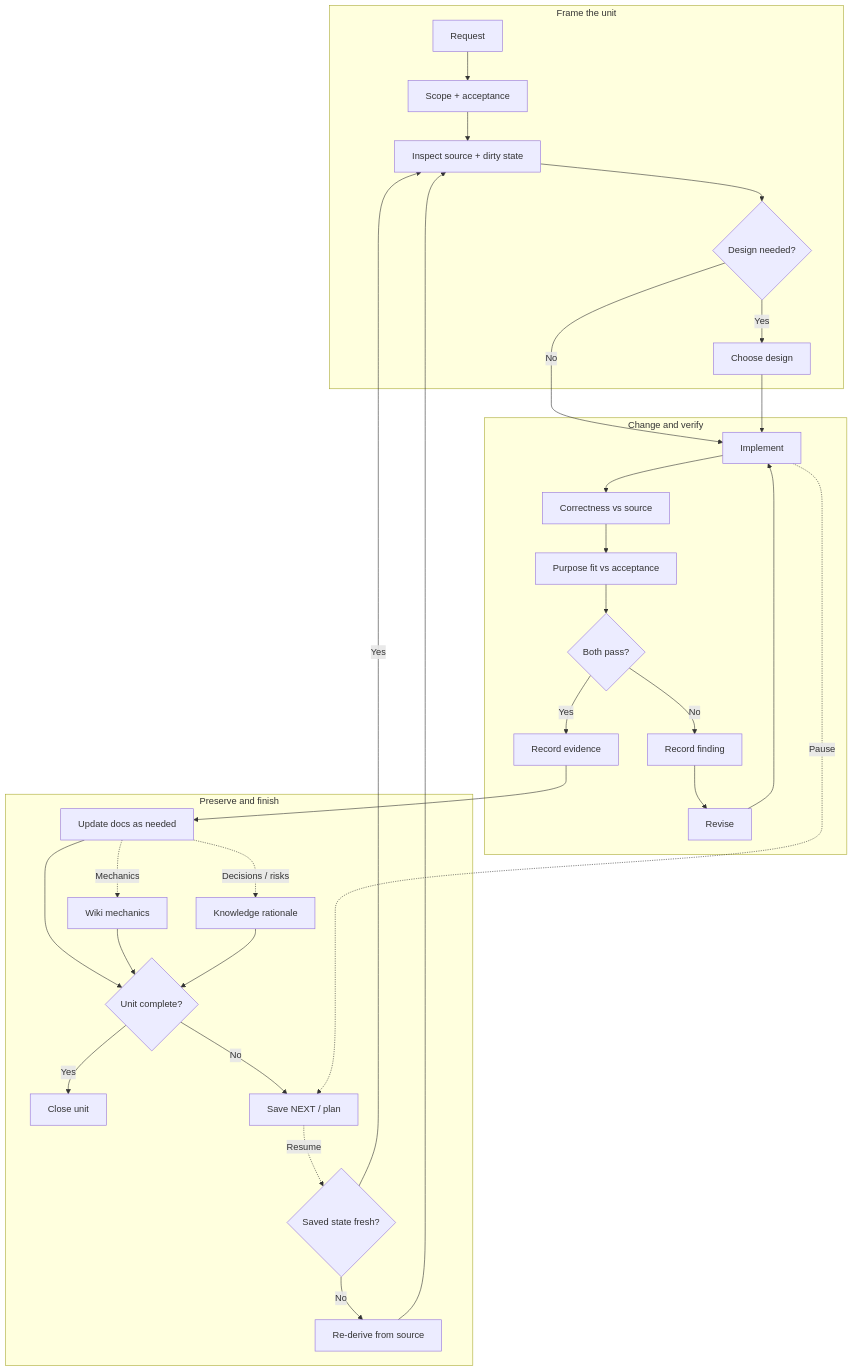
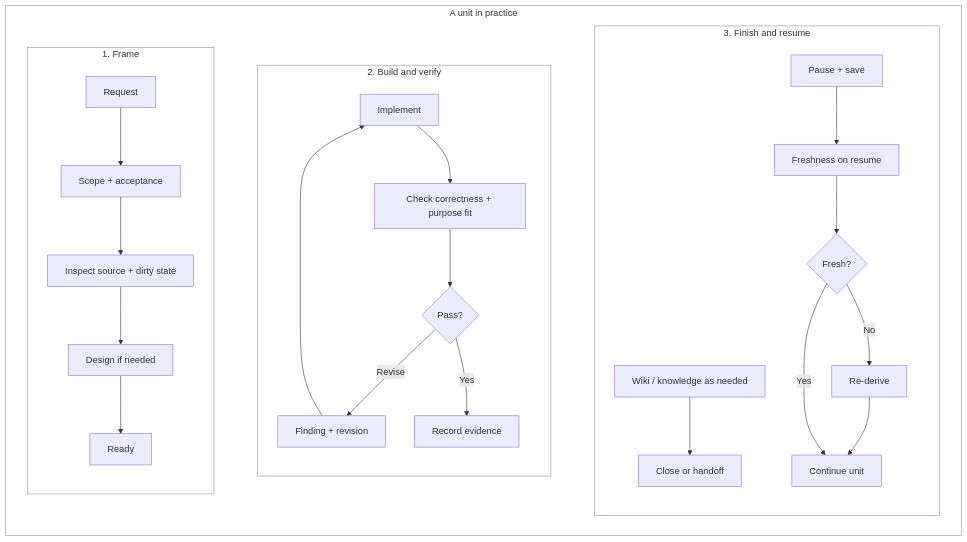
The diagram in README.md (ARCLIGHTSTRVL/harness_codex), drawn with Mermaid before and after one commit. The commit also changed other lines of this file, not shown here.

Commit message:
docs: arrange unit workflow in a compact rectangle

````diff
--- a/README.md
+++ b/README.md
@@ -104,37 +106,34 @@
 ```mermaid
-flowchart TD
-    subgraph FRAME["Frame the unit"]
-        R[Request] --> S[Scope + acceptance]
-        S --> B[Inspect source + dirty state]
-        B --> G{Design needed?}
-        G -->|Yes| D[Choose design]
+flowchart LR
+    subgraph UNIT["A unit in practice"]
+        direction LR
+
+        subgraph FRAME["1. Frame"]
+            direction TB
+            R[Request] --> S[Scope + acceptance] --> B[Inspect source + dirty state]
+            B --> D[Design if needed] --> A[Ready]
+        end
+
+        subgraph BUILD["2. Build and verify"]
+            direction TB
+            I[Implement] --> V[Check correctness + purpose fit] --> Q{Pass?}
+            Q -->|Revise| X[Finding + revision] --> I
+            Q -->|Yes| E[Record evidence]
+        end
+
+        subgraph FINISH["3. Finish and resume"]
+            direction TB
+            M[Wiki / knowledge as needed] --> Z[Close or handoff]
+            P[Pause + save] --> F[Freshness on resume] --> N{Fresh?}
+            N -->|Yes| C[Continue unit]
+            N -->|No| Y[Re-derive] --> C
+        end
+
+        FRAME ~~~ BUILD ~~~ FINISH
     end
 
-    subgraph PROVE["Change and verify"]
-        G -->|No| I[Implement]
-        D --> I
-        I --> C[Correctness vs source]
-        C --> P[Purpose fit vs acceptance]
-        P --> V{Both pass?}
-        V -->|No| F[Record finding]
-        F --> X[Revise]
-        X --> I
-        V -->|Yes| E[Record evidence]
-    end
-
-    subgraph FINISH["Preserve and finish"]
-        E --> M[Update docs as needed]
-        M -. Mechanics .-> W[Wiki mechanics]
-        M -. Decisions / risks .-> K[Knowledge rationale]
-        M --> Z{Unit complete?}
-        W --> Z
-        K --> Z
-        Z -->|Yes| Q[Close unit]
-        Z -->|No| H[Save NEXT / plan]
-        I -. Pause .-> H
-        H -. Resume .-> N{Saved state fresh?}
-        N -->|Yes| B
-        N -->|No| Y[Re-derive from source]
-        Y --> B
-    end
+    style UNIT fill:transparent,stroke:#8b949e
+    style FRAME fill:transparent,stroke:#8b949e
+    style BUILD fill:transparent,stroke:#8b949e
+    style FINISH fill:transparent,stroke:#8b949e
 ```
````
